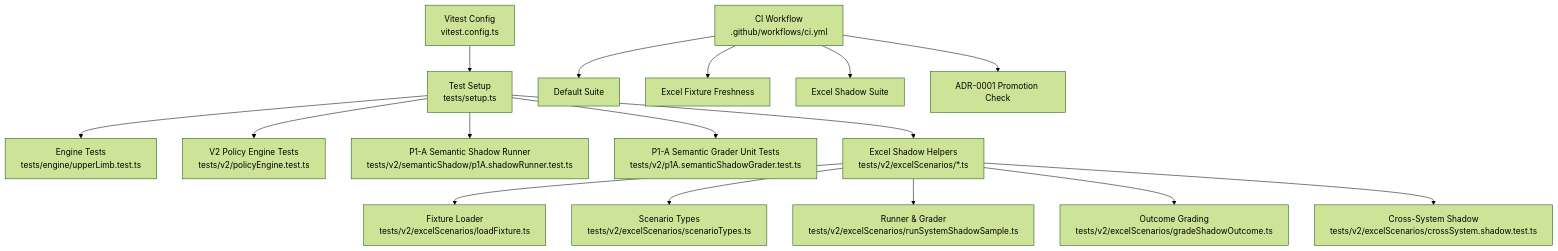
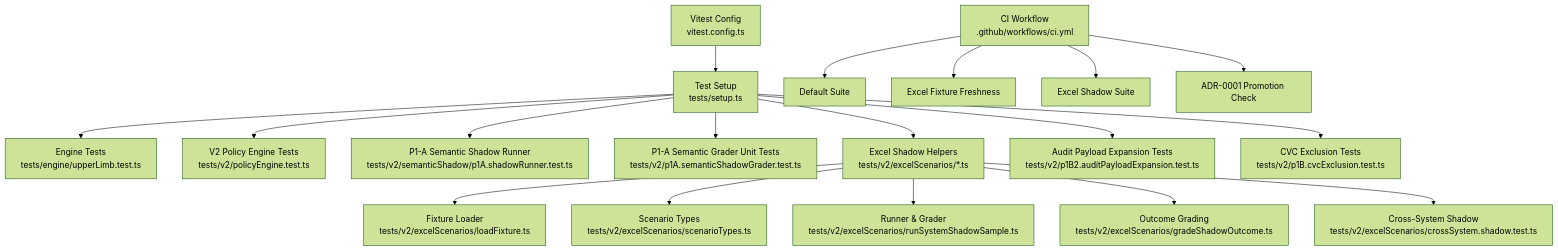
One commit to ongchonghian/gatiod-chat-assistant changed the first of 9 diagrams in .qoder/repowiki/en/content/Testing Strategy/Testing Strategy.md. Above: the diagram before and after it, drawn with Mermaid (forest theme). The commit also changed other lines of this file and 32 other files, not shown here.

````diff
--- a/.qoder/repowiki/en/content/Testing Strategy/Testing Strategy.md
+++ b/.qoder/repowiki/en/content/Testing Strategy/Testing Strategy.md
@@ -45,18 +61,20 @@
 ```mermaid
 graph TB
 A["Vitest Config<br/>vitest.config.ts"] --> B["Test Setup<br/>tests/setup.ts"]
 B --> C["Engine Tests<br/>tests/engine/upperLimb.test.ts"]
 B --> D["V2 Policy Engine Tests<br/>tests/v2/policyEngine.test.ts"]
 B --> E["P1-A Semantic Shadow Runner<br/>tests/v2/semanticShadow/p1A.shadowRunner.test.ts"]
 B --> F["P1-A Semantic Grader Unit Tests<br/>tests/v2/p1A.semanticShadowGrader.test.ts"]
 B --> G["Excel Shadow Helpers<br/>tests/v2/excelScenarios/*.ts"]
-G --> H["Fixture Loader<br/>tests/v2/excelScenarios/loadFixture.ts"]
-G --> I["Scenario Types<br/>tests/v2/excelScenarios/scenarioTypes.ts"]
-G --> J["Runner & Grader<br/>tests/v2/excelScenarios/runSystemShadowSample.ts"]
-G --> K["Outcome Grading<br/>tests/v2/excelScenarios/gradeShadowOutcome.ts"]
-G --> L["Cross-System Shadow<br/>tests/v2/excelScenarios/crossSystem.shadow.test.ts"]
-M["CI Workflow<br/>.github/workflows/ci.yml"] --> N["Default Suite"]
-M --> O["Excel Fixture Freshness"]
-M --> P["Excel Shadow Suite"]
-M --> Q["ADR-0001 Promotion Check"]
+B --> H["Audit Payload Expansion Tests<br/>tests/v2/p1B2.auditPayloadExpansion.test.ts"]
+B --> I["CVC Exclusion Tests<br/>tests/v2/p1B.cvcExclusion.test.ts"]
+G --> J["Fixture Loader<br/>tests/v2/excelScenarios/loadFixture.ts"]
+G --> K["Scenario Types<br/>tests/v2/excelScenarios/scenarioTypes.ts"]
+G --> L["Runner & Grader<br/>tests/v2/excelScenarios/runSystemShadowSample.ts"]
+G --> M["Outcome Grading<br/>tests/v2/excelScenarios/gradeShadowOutcome.ts"]
+G --> N["Cross-System Shadow<br/>tests/v2/excelScenarios/crossSystem.shadow.test.ts"]
+O["CI Workflow<br/>.github/workflows/ci.yml"] --> P["Default Suite"]
+O --> Q["Excel Fixture Freshness"]
+O --> R["Excel Shadow Suite"]
+O --> S["ADR-0001 Promotion Check"]
 ```
````
